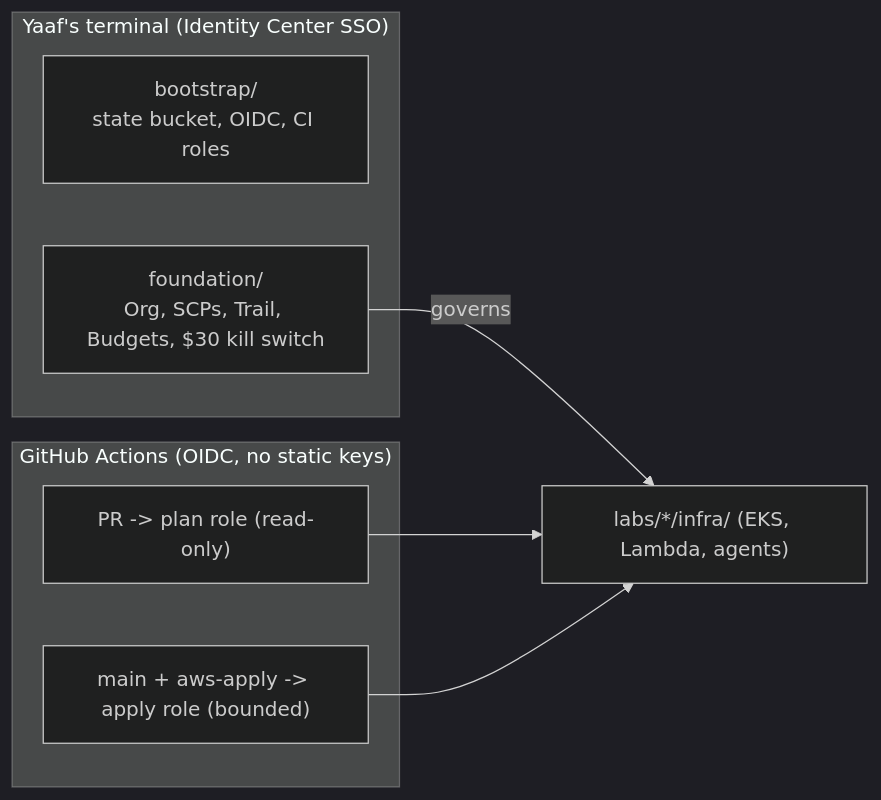
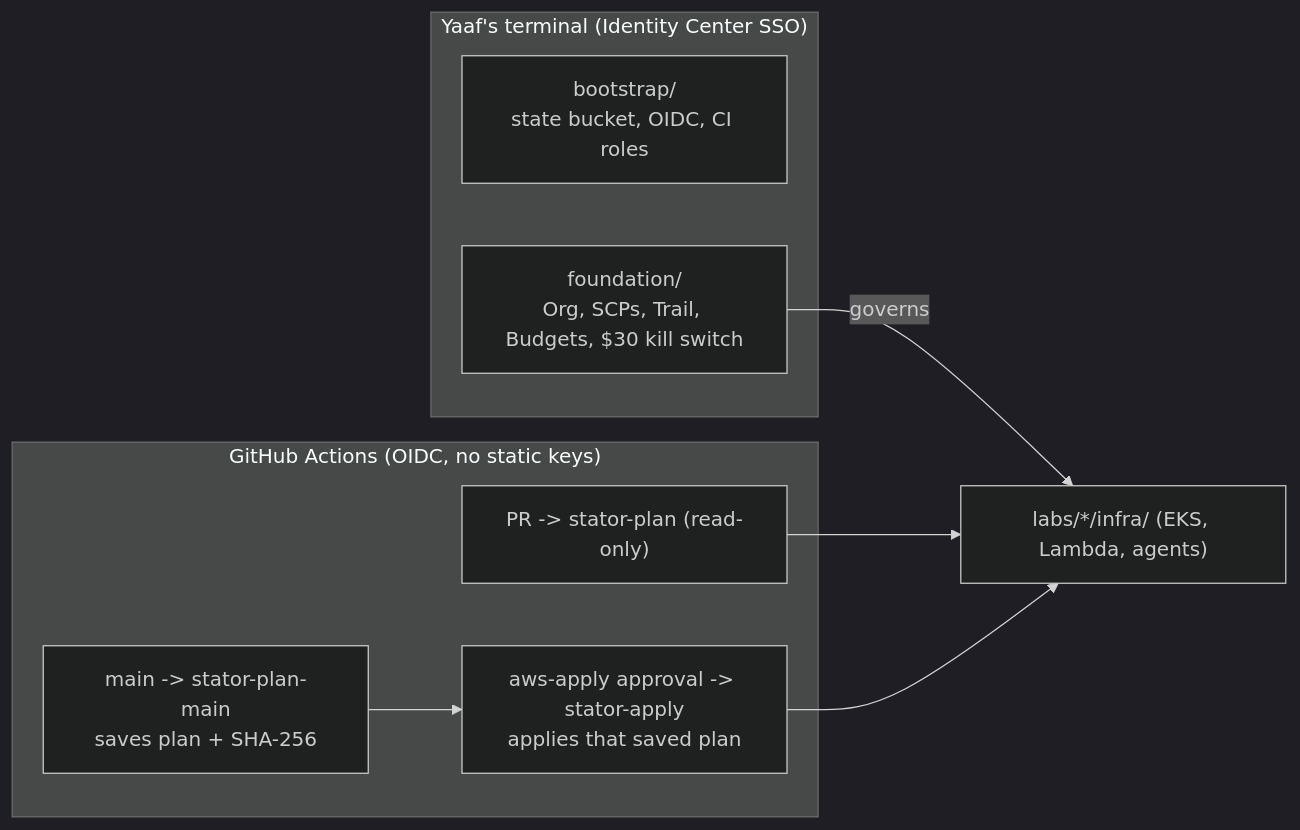
One commit to stator-labs/stator changed the diagram in platform/infra/README.md. Above: the diagram before and after it, drawn with Mermaid (dark theme). The commit also changed other lines of this file and 5 other files, not shown here.

First line of the commit message:
platform: apply only the saved plan you approved on main

````diff
--- a/platform/infra/README.md
+++ b/platform/infra/README.md
@@ -5,14 +5,16 @@
 ```mermaid
 flowchart LR
   subgraph terminal["Yaaf's terminal (Identity Center SSO)"]
     boot["bootstrap/<br/>state bucket, OIDC, CI roles"]
     fnd["foundation/<br/>Org, SCPs, Trail, Budgets, $30 kill switch"]
   end
   subgraph ci["GitHub Actions (OIDC, no static keys)"]
-    pr["PR -> plan role (read-only)"]
-    apply["main + aws-apply -> apply role (bounded)"]
+    pr["PR -> stator-plan (read-only)"]
+    main["main -> stator-plan-main<br/>saves plan + SHA-256"]
+    apply["aws-apply approval -> stator-apply<br/>applies that saved plan"]
   end
   fnd -->|governs| labs["labs/*/infra/ (EKS, Lambda, agents)"]
   pr --> labs
+  main --> apply
   apply --> labs
 ```
````
